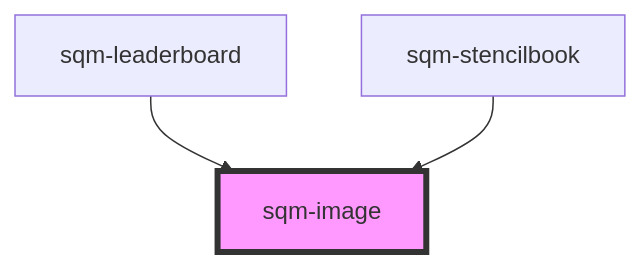
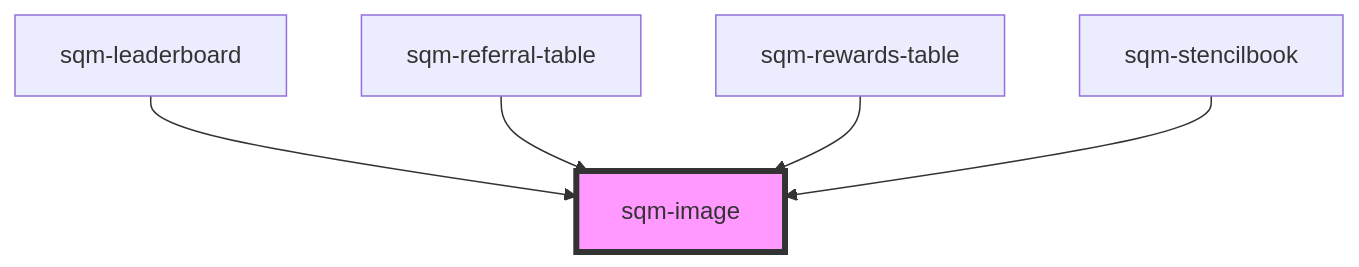
One commit to saasquatch/program-tools changed the diagram in packages/mint-components/src/components/sqm-image/readme.md. Above: the diagram before and after it, drawn with Mermaid. The commit also changed other lines of this file and 14 other files, not shown here.

````diff
--- a/packages/mint-components/src/components/sqm-image/readme.md
+++ b/packages/mint-components/src/components/sqm-image/readme.md
@@ -29,6 +31,8 @@
 ```mermaid
 graph TD;
   sqm-leaderboard --> sqm-image
+  sqm-referral-table --> sqm-image
+  sqm-rewards-table --> sqm-image
   sqm-stencilbook --> sqm-image
   style sqm-image fill:#f9f,stroke:#333,stroke-width:4px
 ```
````
